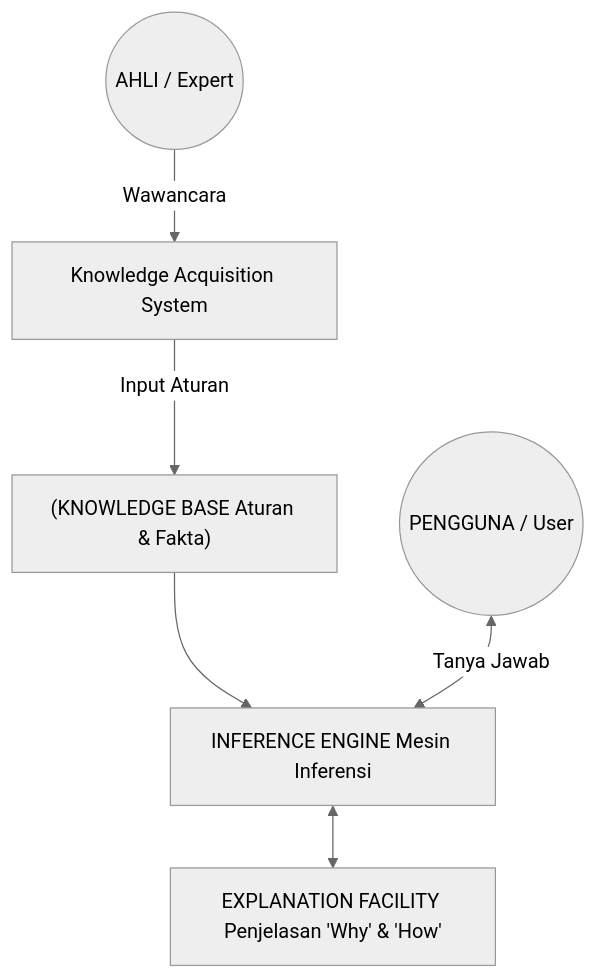
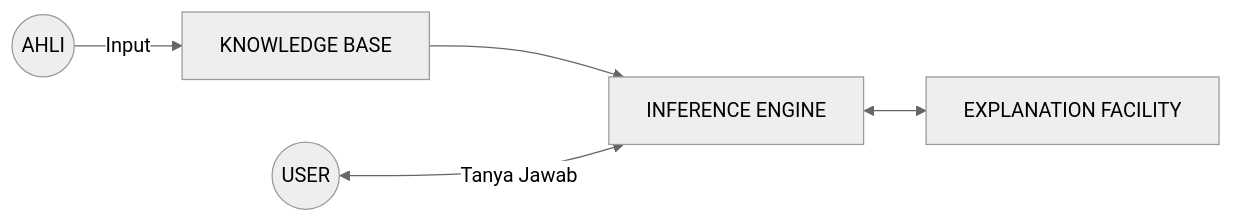
The fourth of 5 diagrams in bab-03-representasi.md (antonprafanto/dasarAI2026), drawn with Mermaid (neutral theme) before and after one commit. The commit also changed other lines of this file, not shown here.

````diff
--- a/bab-03-representasi.md
+++ b/bab-03-representasi.md
@@ -511,11 +194,7 @@
 ```mermaid
-flowchart TD
-    Human((AHLI / Expert)) -->|Wawancara| KAS[Knowledge Acquisition System]
-    KAS -->|Input Aturan| KB["(KNOWLEDGE BASE Aturan & Fakta)"]
-
-    KB --> IE["INFERENCE ENGINE Mesin Inferensi"]
-
-    User((PENGGUNA / User)) <-->|Tanya Jawab| IE
-
-    IE <--> Explain["EXPLANATION FACILITY Penjelasan 'Why' & 'How'"]
+flowchart LR
+    Expert((AHLI)) -->|Input| KB["KNOWLEDGE BASE"]
+    KB --> IE["INFERENCE ENGINE"]
+    User((USER)) <-->|Tanya Jawab| IE
+    IE <--> Explain["EXPLANATION FACILITY"]
 ```
````
